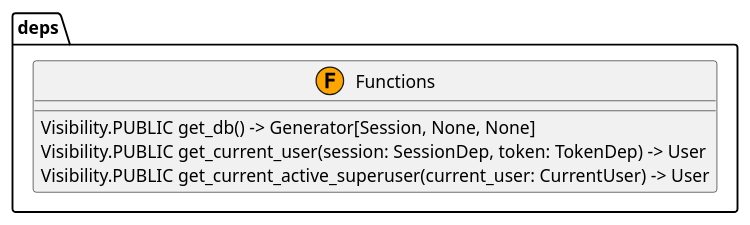
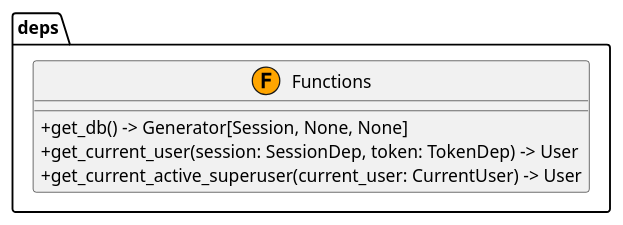
Before and after one commit to jswans33/my-full-stack-fastapi-template: the diagram in docs/source/_generated_uml/deps.puml, drawn with PlantUML. The commit also changed 50 other files, not shown here.

Commit message:
Add configuration module for UML generator and update visibility in UML diagrams

```diff
--- a/docs/source/_generated_uml/deps.puml
+++ b/docs/source/_generated_uml/deps.puml
@@ -1,13 +1,13 @@
 @startuml
 skinparam classAttributeIconSize 0
 
 package "deps" {
   class Functions <<(F,orange)>> {
-    Visibility.PUBLIC get_db() -> Generator[Session, None, None]
-    Visibility.PUBLIC get_current_user(session: SessionDep, token: TokenDep) -> User
-    Visibility.PUBLIC get_current_active_superuser(current_user: CurrentUser) -> User
+    +get_db() -> Generator[Session, None, None]
+    +get_current_user(session: SessionDep, token: TokenDep) -> User
+    +get_current_active_superuser(current_user: CurrentUser) -> User
   }
 }
 
 ' Relationships
 @enduml
```
